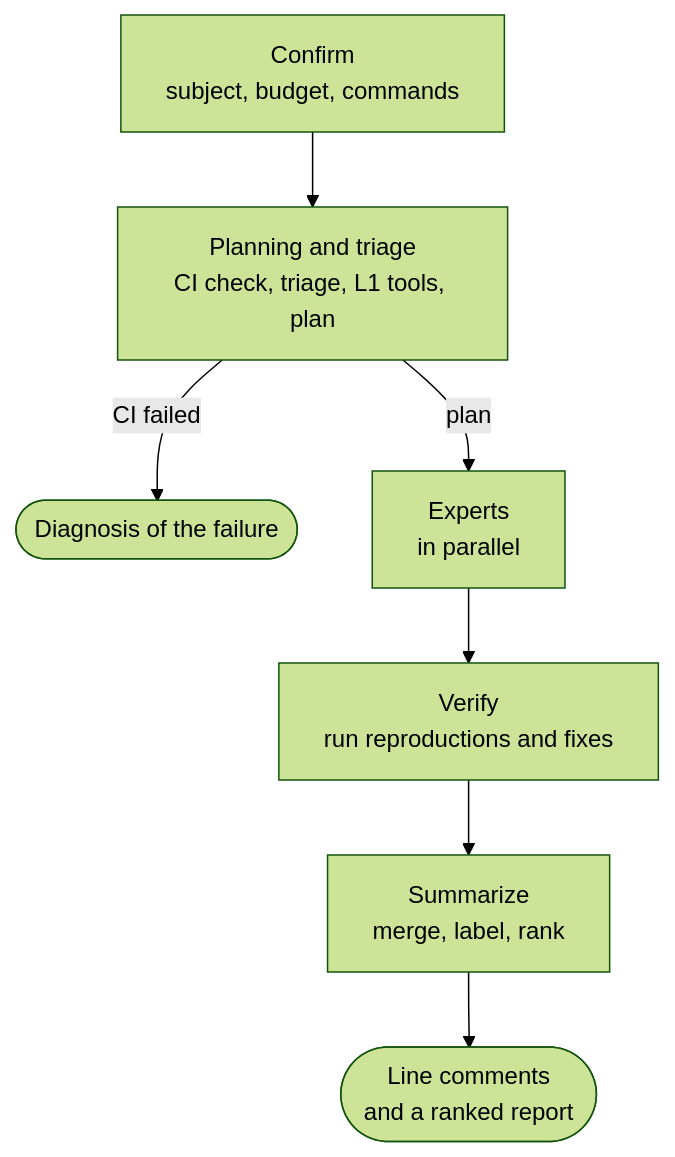
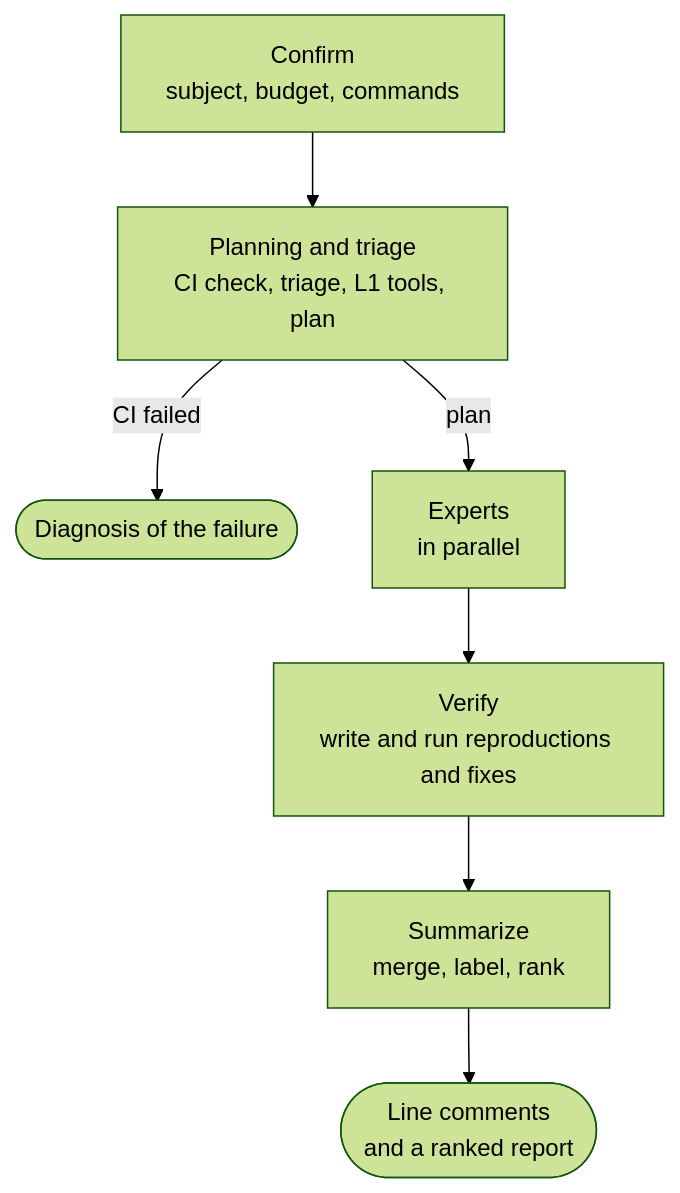
The diagram in docs/REVIEW.md (Pleasurecruise/eyeful), drawn with Mermaid (forest theme) before and after one commit. The commit also changed other lines of this file and 86 other files, not shown here.

````diff
--- a/docs/REVIEW.md
+++ b/docs/REVIEW.md
@@ -8,9 +9,9 @@
 ```mermaid
 flowchart TB
     confirm["Confirm<br/>subject, budget, commands"] --> planning["Planning and triage<br/>CI check, triage, L1 tools, plan"]
     planning -->|CI failed| diagnose(["Diagnosis of the failure"])
     planning -->|plan| experts["Experts<br/>in parallel"]
-    experts --> verify["Verify<br/>run reproductions and fixes"]
+    experts --> verify["Verify<br/>write and run reproductions and fixes"]
     verify --> summarize["Summarize<br/>merge, label, rank"]
     summarize --> feedback(["Line comments<br/>and a ranked report"])
 ```
````
